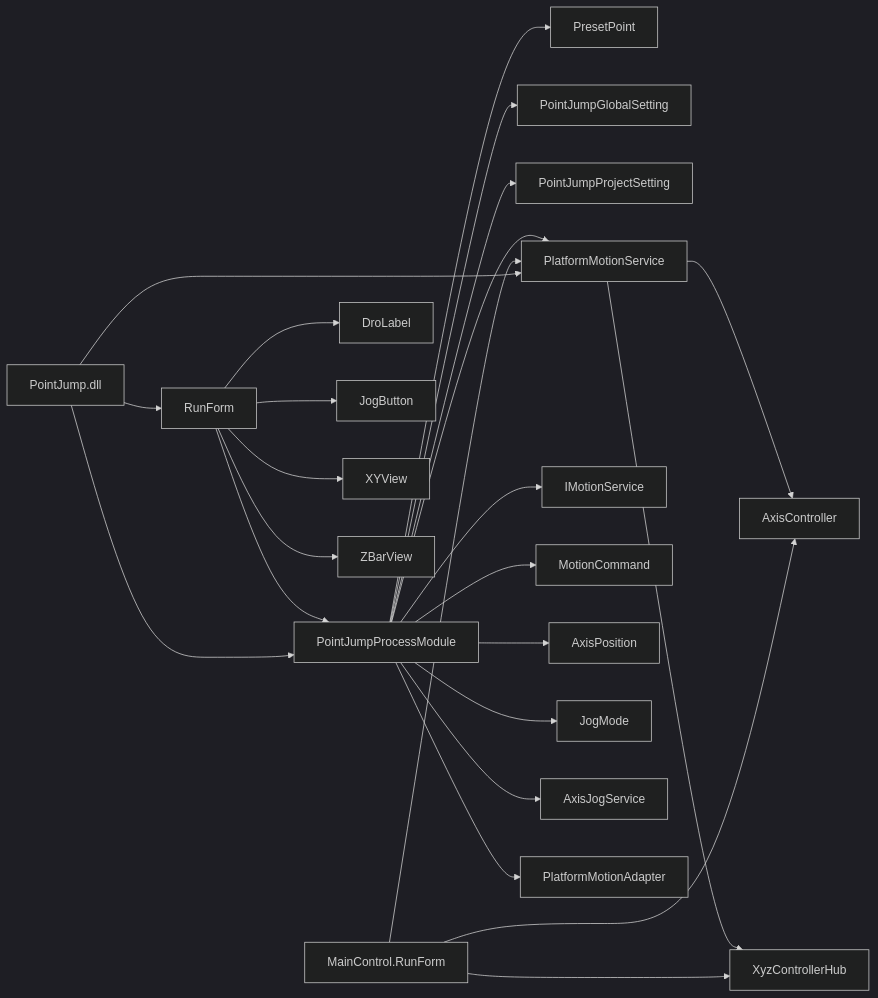
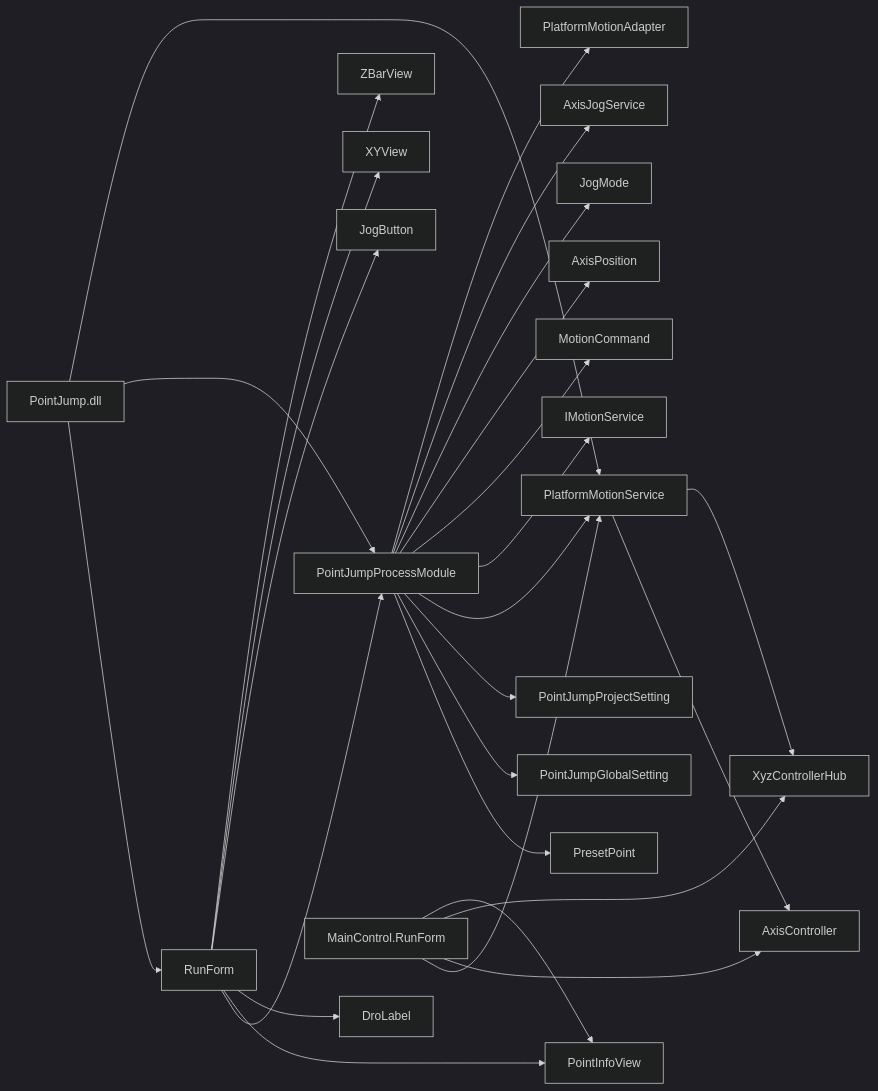
The fourth of 4 diagrams in .qoder/repowiki/zh/content/核心功能模块/点位跳转模块 (PointJump).md (fuweiq94-cloud/339918076), drawn with Mermaid (dark theme) before and after one commit. The commit also changed other lines of this file and 75 other files, not shown here.

````diff
--- a/.qoder/repowiki/zh/content/核心功能模块/点位跳转模块 (PointJump).md
+++ b/.qoder/repowiki/zh/content/核心功能模块/点位跳转模块 (PointJump).md
@@ -352,26 +379,28 @@
 ```mermaid
 graph LR
 RF["RunForm"] --> PM["PointJumpProcessModule"]
+RF --> PIV["PointInfoView"]
 PM --> PP["PresetPoint"]
 PM --> PGS["PointJumpGlobalSetting"]
 PM --> PPS["PointJumpProjectSetting"]
 PM --> PMS["PlatformMotionService"]
 PMS --> AC["AxisController"]
 PMS --> XHUB["XyzControllerHub"]
 PM --> IMC["IMotionService"]
 PM --> MC["MotionCommand"]
 PM --> AXPOS["AxisPosition"]
 PM --> JOG["JogMode"]
 PM --> AJOG["AxisJogService"]
 PM --> PMA["PlatformMotionAdapter"]
 RF --> DRO["DroLabel"]
 RF --> JOGB["JogButton"]
 RF --> XYV["XYView"]
 RF --> ZBAR["ZBarView"]
 MCRF["MainControl.RunForm"] --> PMS
 MCRF --> AC
 MCRF --> XHUB
+MCRF --> PIV
 PJPROJ["PointJump.dll"] --> RF
 PJPROJ --> PM
 PJPROJ --> PMS
 ```
````
